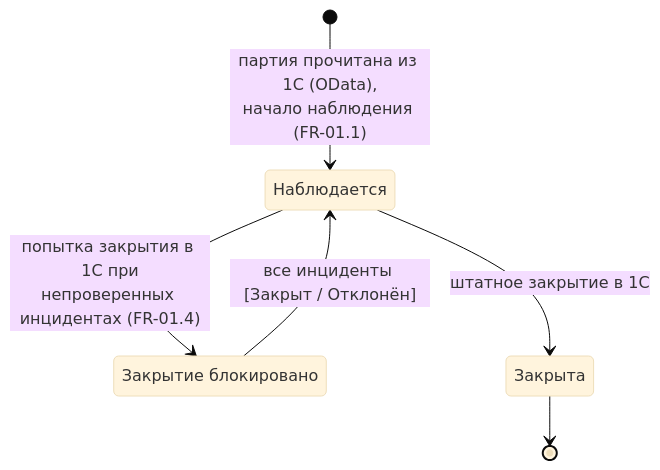
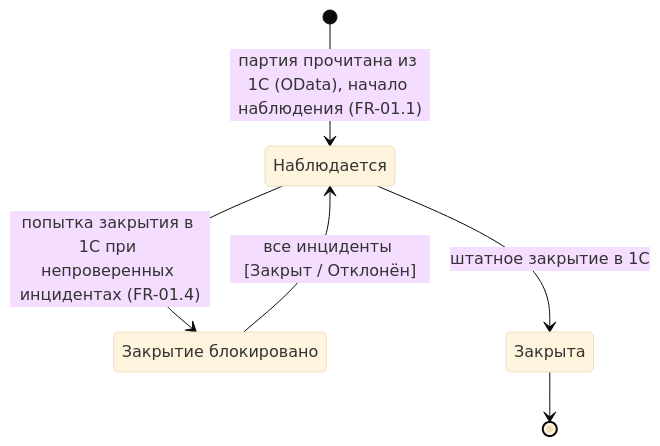
Before and after one commit to igorvolk1961/water_checker: the first of 4 diagrams in docs/system_analysis/diagrams/state_model_and_batch.md, drawn with Mermaid (base theme). The commit also changed other lines of this file and 4 other files, not shown here.

Commit message:
Simplify mermaid labels in sequence/state diagrams to avoid parser tokens (semicolon, br tag)

````diff
--- a/docs/system_analysis/diagrams/state_model_and_batch.md
+++ b/docs/system_analysis/diagrams/state_model_and_batch.md
@@ -7,11 +7,11 @@
 ```mermaid
 stateDiagram-v2
     state "Наблюдается" as P1
     state "Закрытие блокировано" as P2
     state "Закрыта" as P3
-    [*] --> P1 : партия прочитана из 1С (OData),<br/>начало наблюдения (FR-01.1)
-    P1 --> P2 : попытка закрытия в 1С при<br/>непроверенных инцидентах (FR-01.4)
+    [*] --> P1 : партия прочитана из 1С (OData), начало наблюдения (FR-01.1)
+    P1 --> P2 : попытка закрытия в 1С при непроверенных инцидентах (FR-01.4)
     P2 --> P1 : все инциденты [Закрыт / Отклонён]
     P1 --> P3 : штатное закрытие в 1С
     P3 --> [*]
 ```
````
